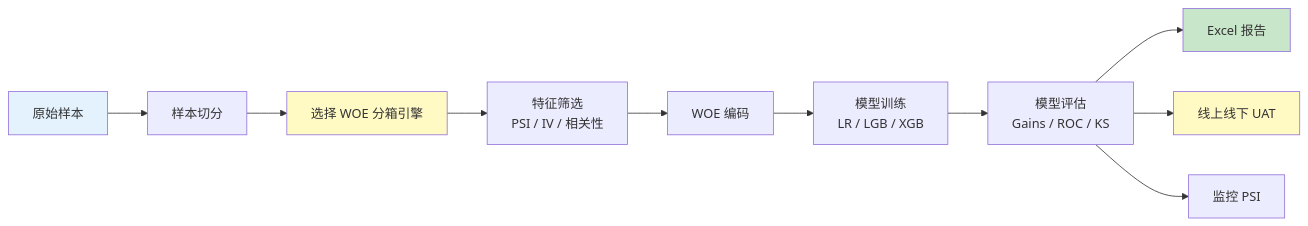
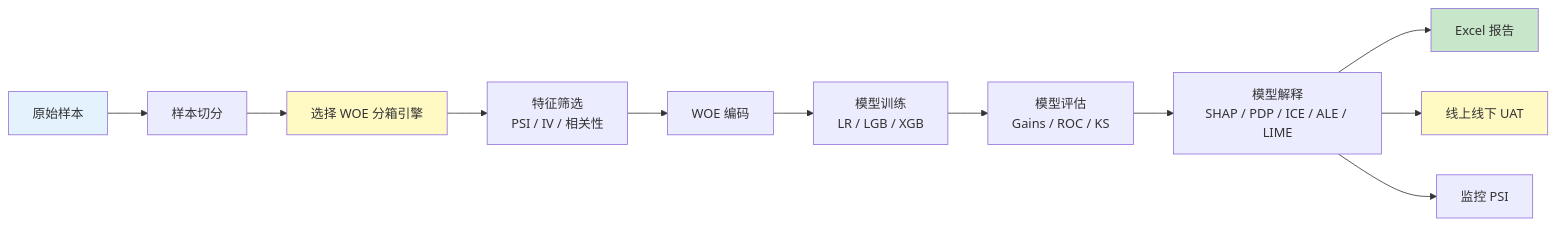
Before and after one commit to Kyle-J-Sun/SuperModelingFactory_doc: the diagram in docs/pipeline.md, drawn with Mermaid. The commit also changed other lines of this file and 1 other file, not shown here.

````diff
--- a/docs/pipeline.md
+++ b/docs/pipeline.md
@@ -7,17 +7,18 @@
 ```mermaid
 flowchart LR
     A[原始样本] --> B[样本切分]
     B --> C[选择 WOE 分箱引擎]
     C --> D[特征筛选<br/>PSI / IV / 相关性]
     D --> E[WOE 编码]
     E --> F[模型训练<br/>LR / LGB / XGB]
     F --> G[模型评估<br/>Gains / ROC / KS]
-    G --> H[Excel 报告]
-    G --> I[线上线下 UAT]
-    G --> J[监控 PSI]
+    G --> H[模型解释<br/>SHAP / PDP / ICE / ALE / LIME]
+    H --> I[Excel 报告]
+    H --> J[线上线下 UAT]
+    H --> K[监控 PSI]
 
     style A fill:#e3f2fd
     style C fill:#fff9c4
-    style H fill:#c8e6c9
-    style I fill:#fff9c4
+    style I fill:#c8e6c9
+    style J fill:#fff9c4
 ```
````
